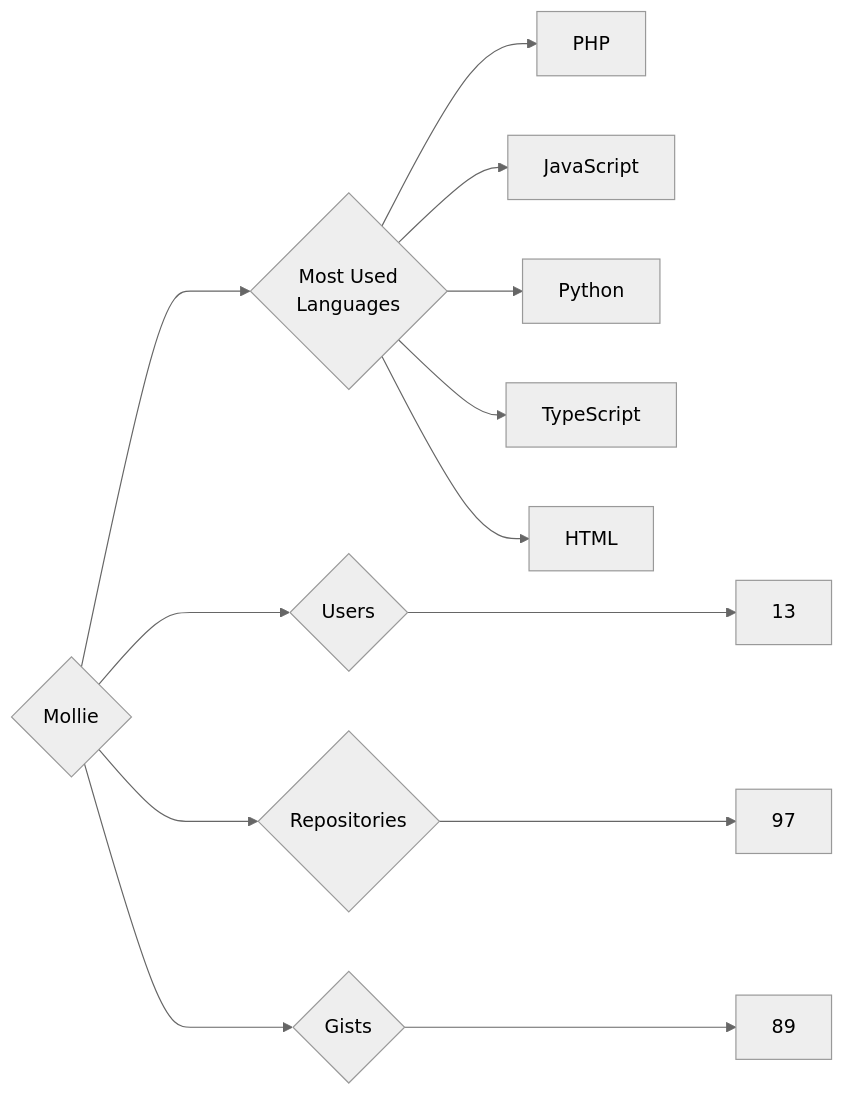
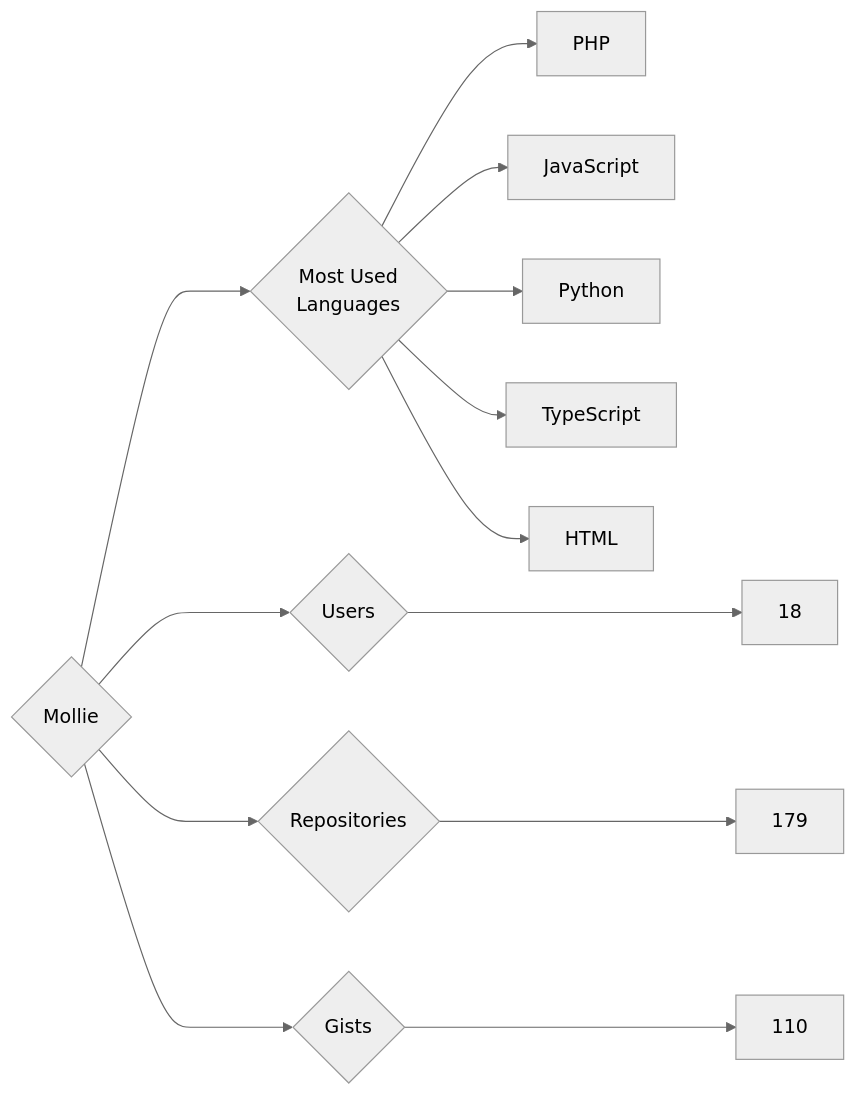
Before and after one commit to trickest/insiders: the diagram in targets/Mollie/README.md, drawn with Mermaid (neutral theme). The commit also changed 677 other files, not shown here.

````diff
--- a/targets/Mollie/README.md
+++ b/targets/Mollie/README.md
@@ -3,13 +3,13 @@
 ```mermaid
 graph LR
 COMPANY_NAME{Mollie}
-COMPANY_NAME ---> U{Users} ---> UN[13]
-COMPANY_NAME ---> R{Repositories} ---> RN[97]
-COMPANY_NAME ---> G{Gists} ---> GN[89]
+COMPANY_NAME ---> U{Users} ---> UN[18]
+COMPANY_NAME ---> R{Repositories} ---> RN[179]
+COMPANY_NAME ---> G{Gists} ---> GN[110]
 COMPANY_NAME ---> ML{Most Used<br>Languages}
 ML --> PHP[PHP]
 ML --> JavaScript[JavaScript]
 ML --> Python[Python]
 ML --> TypeScript[TypeScript]
 ML --> HTML[HTML]
 ```
````
